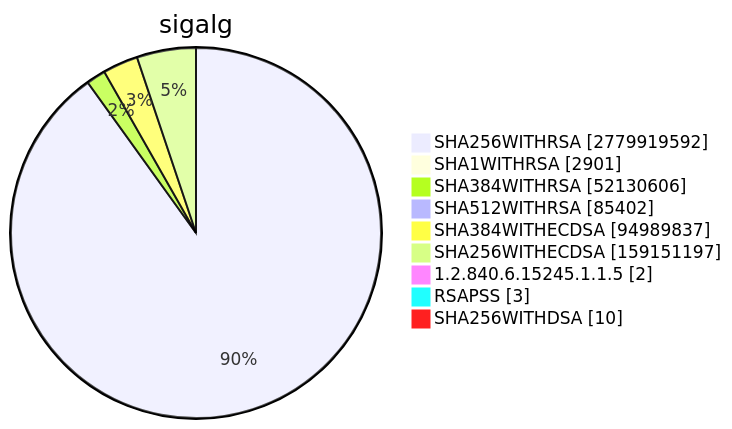
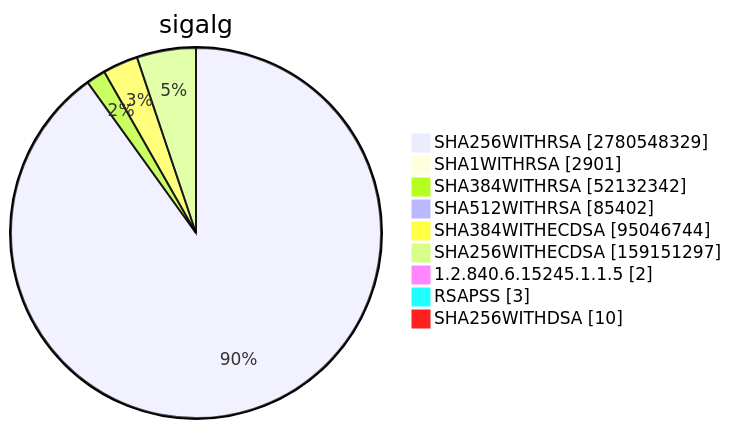
Diagram 15 of 15 in TOTAL/README.md (christiankrug/ctmonitor_visualization), drawn with Mermaid before and after one commit. The commit also changed other lines of this file, not shown here.

````diff
--- a/TOTAL/README.md
+++ b/TOTAL/README.md
@@ -6205,13 +6205,13 @@
 ```mermaid
 pie showData
 title sigalg
-"SHA256WITHRSA" :2779919592
+"SHA256WITHRSA" :2780548329
 "SHA1WITHRSA" :2901
-"SHA384WITHRSA" :52130606
+"SHA384WITHRSA" :52132342
 "SHA512WITHRSA" :85402
-"SHA384WITHECDSA" :94989837
-"SHA256WITHECDSA" :159151197
+"SHA384WITHECDSA" :95046744
+"SHA256WITHECDSA" :159151297
 "1.2.840.6.15245.1.1.5" :2
 "RSAPSS" :3
 "SHA256WITHDSA" :10
 ```
````
